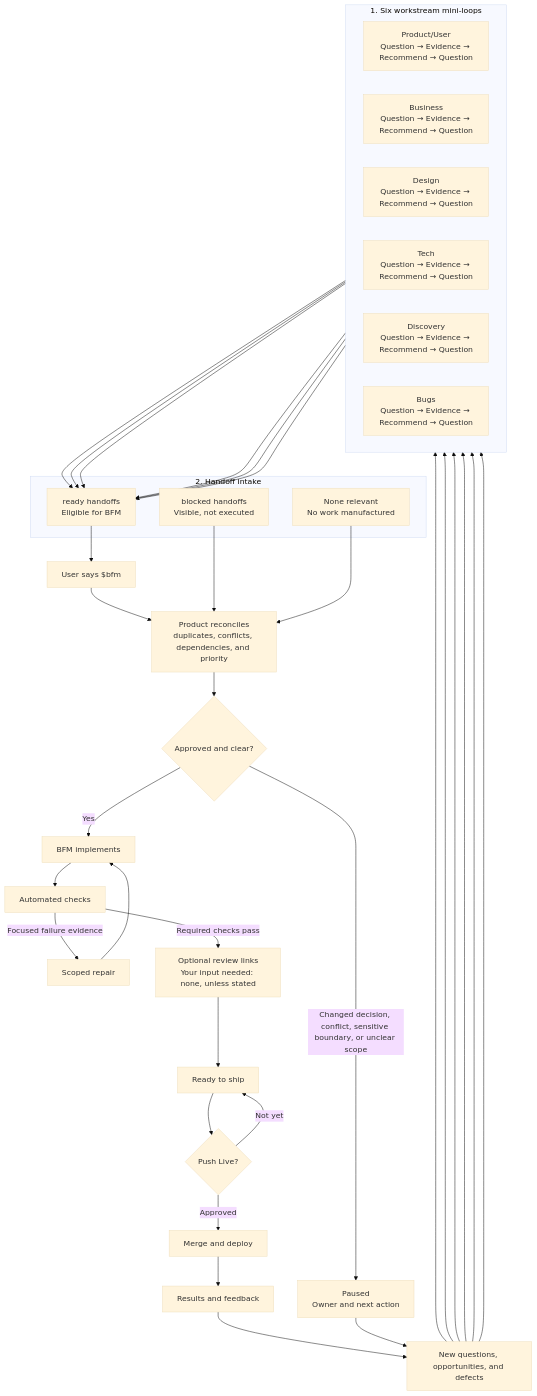
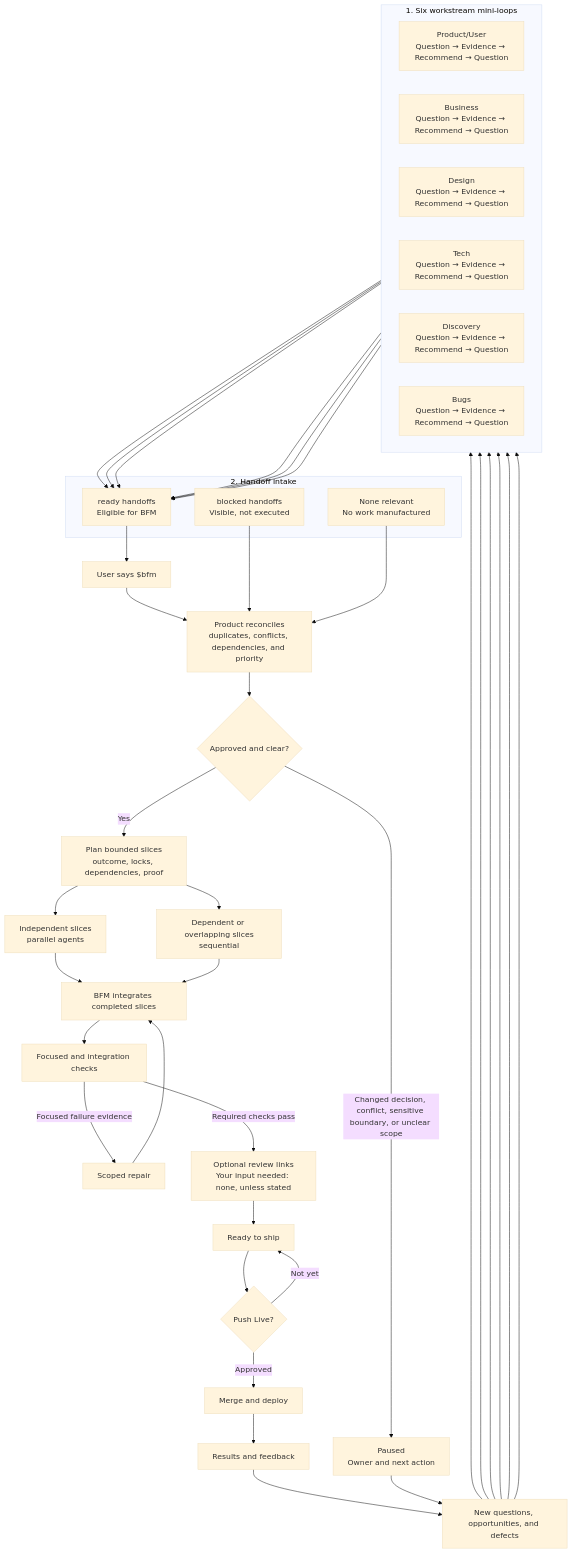
One commit to friedbeef1/fb-lane-coordination changed the diagram in docs/fb/full-loop.md. Above: the diagram before and after it, drawn with Mermaid (base theme). The commit also changed other lines of this file and 21 other files, not shown here.

Commit message:
feat: plan bounded execution slices up front

````diff
--- a/docs/fb/full-loop.md
+++ b/docs/fb/full-loop.md
@@ -11,51 +11,55 @@
 ```mermaid
 flowchart TB
     subgraph W["1. Six workstream mini-loops"]
         direction LR
         PU["Product/User<br/>Question → Evidence → Recommend → Question"]
         BU["Business<br/>Question → Evidence → Recommend → Question"]
         DE["Design<br/>Question → Evidence → Recommend → Question"]
         TE["Tech<br/>Question → Evidence → Recommend → Question"]
         DI["Discovery<br/>Question → Evidence → Recommend → Question"]
         BG["Bugs<br/>Question → Evidence → Recommend → Question"]
     end
 
     PU --> RH
     BU --> RH
     DE --> RH
     TE --> RH
     DI --> RH
     BG --> RH
 
     subgraph I["2. Handoff intake"]
         RH["ready handoffs<br/>Eligible for BFM"]
         BH["blocked handoffs<br/>Visible, not executed"]
         NR["None relevant<br/>No work manufactured"]
     end
 
     RH --> BFM["User says $bfm"]
     BFM --> PR
     BH --> PR
     NR --> PR
     PR["Product reconciles<br/>duplicates, conflicts, dependencies, and priority"]
     PR --> A{"Approved and clear?"}
-    A -->|"Yes"| C["BFM implements"]
+    A -->|"Yes"| SP["Plan bounded slices<br/>outcome, locks, dependencies, proof"]
     A -->|"Changed decision, conflict, sensitive boundary, or unclear scope"| X["Paused<br/>Owner and next action"]
-    C --> V["Automated checks"]
+    SP --> PA["Independent slices<br/>parallel agents"]
+    SP --> SE["Dependent or overlapping slices<br/>sequential"]
+    PA --> C["BFM integrates completed slices"]
+    SE --> C
+    C --> V["Focused and integration checks"]
     V -->|"Focused failure evidence"| R["Scoped repair"]
     R --> C
     V -->|"Required checks pass"| O["Optional review links<br/>Your input needed: none, unless stated"]
     O --> S["Ready to ship"]
     S --> L{"Push Live?"}
     L -->|"Not yet"| S
     L -->|"Approved"| D["Merge and deploy"]
     D --> Z["Results and feedback"]
     Z --> N["New questions, opportunities, and defects"]
     N --> PU
     N --> BU
     N --> DE
     N --> TE
     N --> DI
     N --> BG
     X --> N
 ```
````
